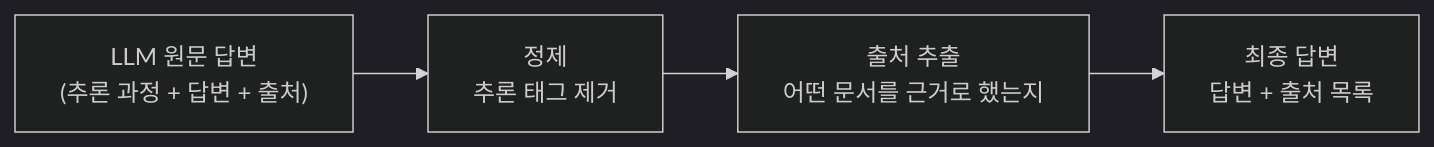
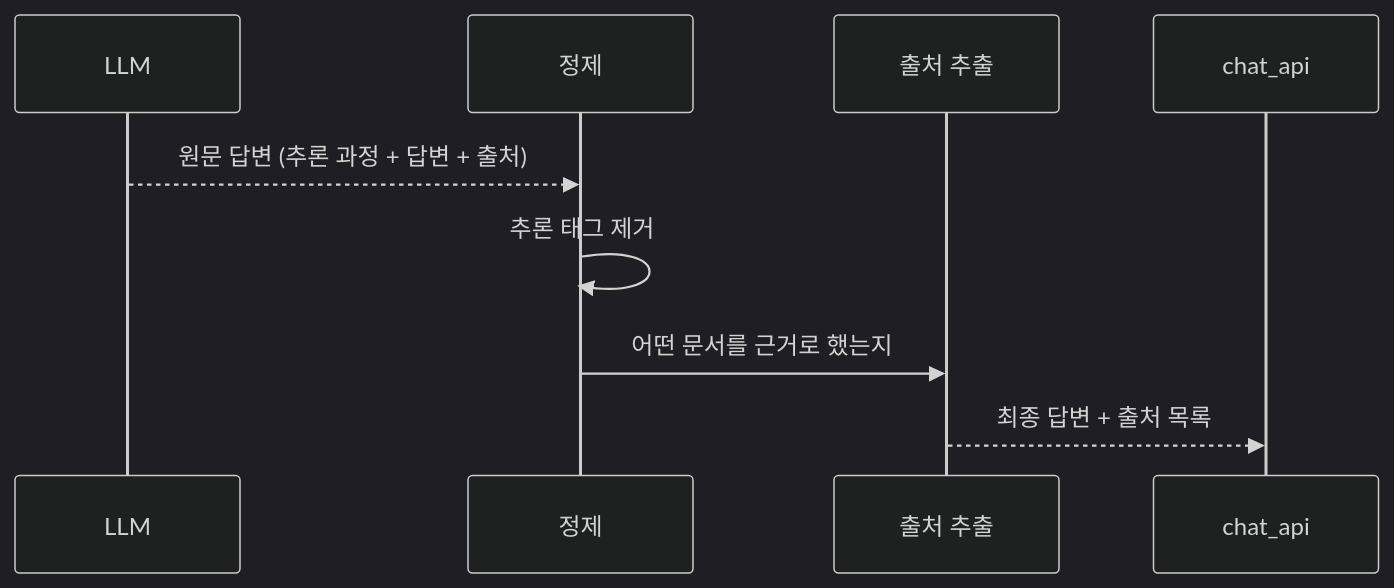
One commit to edu-openskill/lecture-book-workflow changed the third of 4 diagrams in projects/사내AI비서_v2/chapters/05-드디어-답해준다.md. Above: the diagram before and after it, drawn with Mermaid (dark theme). The commit also changed other lines of this file, not shown here.

First line of the commit message:
fix: CH05 graph → 시퀀스 다이어그램으로 통일

````diff
--- a/projects/사내AI비서_v2/chapters/05-드디어-답해준다.md
+++ b/projects/사내AI비서_v2/chapters/05-드디어-답해준다.md
@@ -431,6 +432,7 @@
 ```mermaid
-graph LR
-    A["LLM 원문 답변<br/>(추론 과정 + 답변 + 출처)"] --> B["정제<br/>추론 태그 제거"]
-    B --> C["출처 추출<br/>어떤 문서를 근거로 했는지"]
-    C --> D["최종 답변<br/>답변 + 출처 목록"]
+sequenceDiagram
+    LLM-->>정제: 원문 답변 (추론 과정 + 답변 + 출처)
+    정제->>정제: 추론 태그 제거
+    정제->>출처 추출: 어떤 문서를 근거로 했는지
+    출처 추출-->>chat_api: 최종 답변 + 출처 목록
 ```
````
